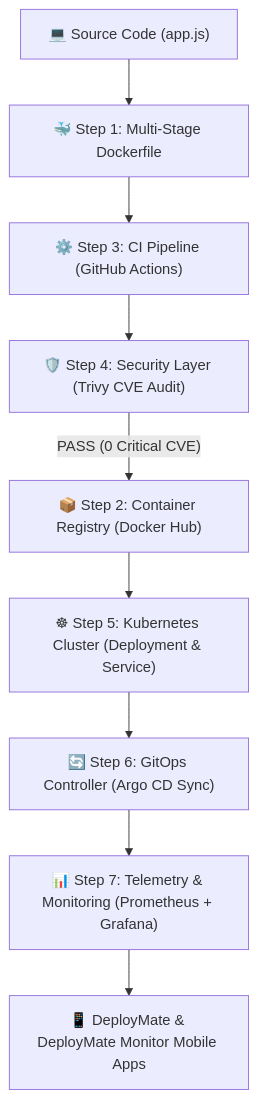
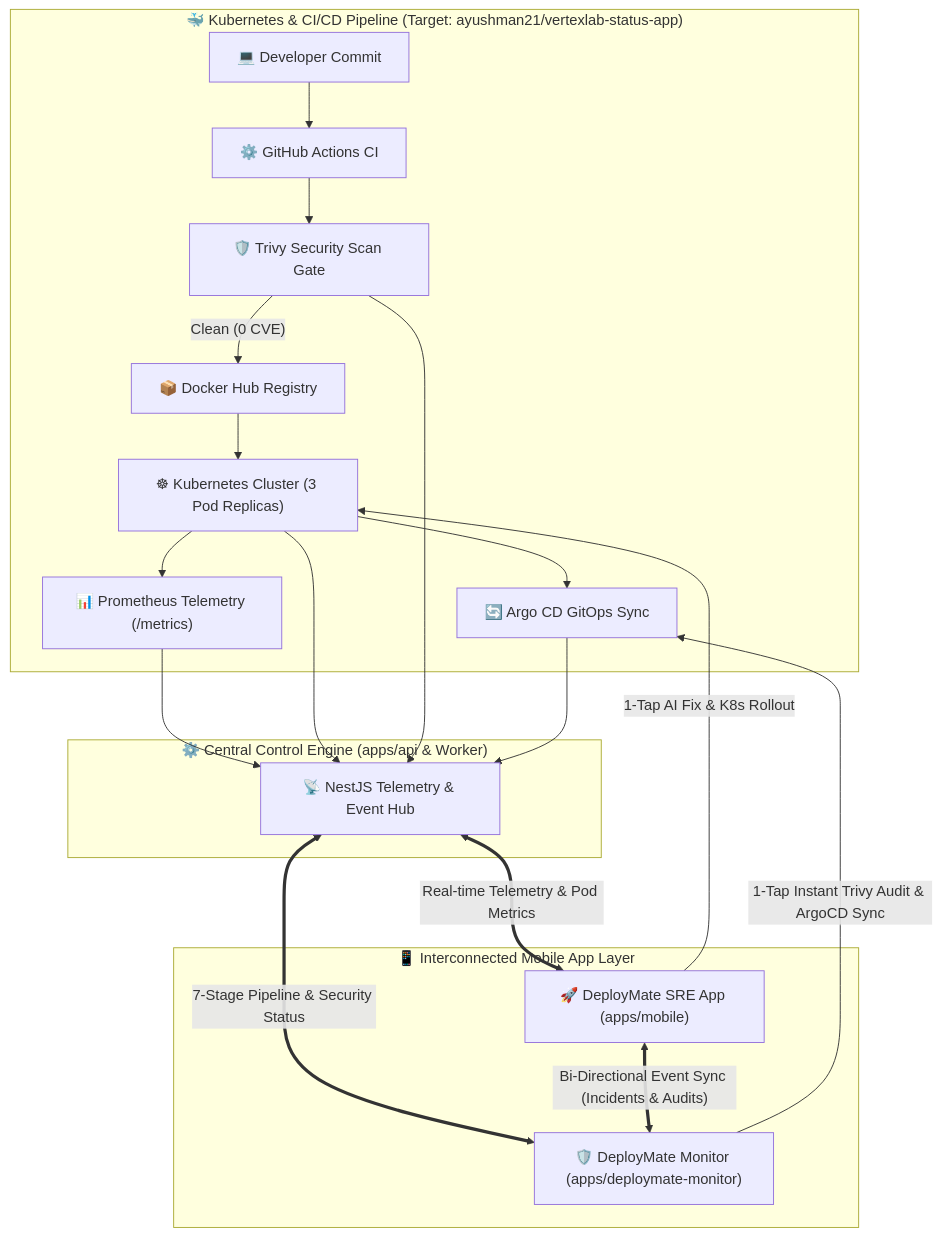
Before and after one commit to ayu-haker/deploymate: the first of 3 diagrams in README.md, drawn with Mermaid. The commit also changed other lines of this file, not shown here.

Commit message:
docs: add DeployMate SRE workflow and dual-app interconnected ecosystem diagrams

````diff
--- a/README.md
+++ b/README.md
@@ -32,11 +25,28 @@
 ```mermaid
 graph TD
-    A["💻 Source Code (app.js)"] --> B["🐳 Step 1: Multi-Stage Dockerfile"]
-    B --> C["⚙️ Step 3: CI Pipeline (GitHub Actions)"]
-    C --> D["🛡️ Step 4: Security Layer (Trivy CVE Audit)"]
-    D -- "PASS (0 Critical CVE)" --> E["📦 Step 2: Container Registry (Docker Hub)"]
-    E --> F["☸ Step 5: Kubernetes Cluster (Deployment & Service)"]
-    F --> G["🔄 Step 6: GitOps Controller (Argo CD Sync)"]
-    G --> H["📊 Step 7: Telemetry & Monitoring (Prometheus + Grafana)"]
-    H --> I["📱 DeployMate & DeployMate Monitor Mobile Apps"]
+    subgraph "🐳 Kubernetes & CI/CD Pipeline (Target: ayushman21/vertexlab-status-app)"
+        A["💻 Developer Commit"] --> B["⚙️ GitHub Actions CI"]
+        B --> C["🛡️ Trivy Security Scan Gate"]
+        C -- "Clean (0 CVE)" --> D["📦 Docker Hub Registry"]
+        D --> E["☸ Kubernetes Cluster (3 Pod Replicas)"]
+        E --> F["🔄 Argo CD GitOps Sync"]
+        E --> G["📊 Prometheus Telemetry (/metrics)"]
+    end
+
+    subgraph "⚙️ Central Control Engine (apps/api & Worker)"
+        G --> H["📡 NestJS Telemetry & Event Hub"]
+        E --> H
+        C --> H
+        F --> H
+    end
+
+    subgraph "📱 Interconnected Mobile App Layer"
+        H <== "Real-time Telemetry & Pod Metrics" ==> I["🚀 DeployMate SRE App (apps/mobile)"]
+        H <== "7-Stage Pipeline & Security Status" ==> J["🛡️ DeployMate Monitor (apps/deploymate-monitor)"]
+        
+        I -- "1-Tap AI Fix & K8s Rollout" --> E
+        J -- "1-Tap Instant Trivy Audit & ArgoCD Sync" --> F
+        
+        I <== "Bi-Directional Event Sync (Incidents & Audits)" ==> J
+    end
 ```
````
